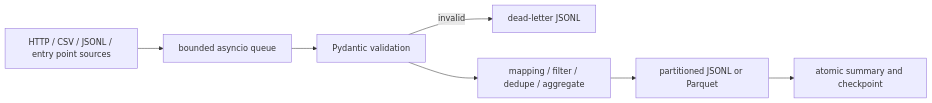
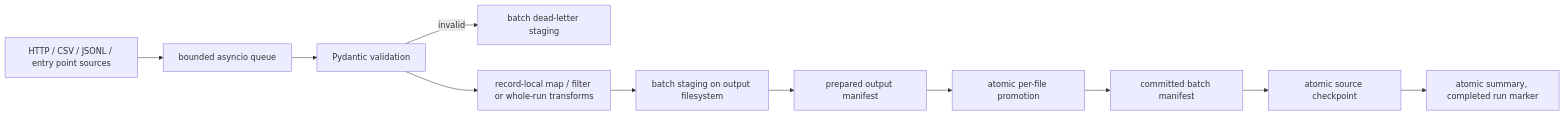
One commit to dobariyaprisha950-cell/datapipe-prisha changed the diagram in ARCHITECTURE.md. Above: the diagram before and after it, drawn with Mermaid. The commit also changed other lines of this file and 15 other files, not shown here.

````diff
--- a/ARCHITECTURE.md
+++ b/ARCHITECTURE.md
@@ -3,9 +3,13 @@
 ```mermaid
 flowchart LR
   A[HTTP / CSV / JSONL / entry point sources] --> B[bounded asyncio queue]
   B --> C[Pydantic validation]
-  C -->|invalid| D[dead-letter JSONL]
-  C --> E[mapping / filter / dedupe / aggregate]
-  E --> F[partitioned JSONL or Parquet]
-  F --> G[atomic summary and checkpoint]
+  C -->|invalid| D[batch dead-letter staging]
+  C --> E[record-local map / filter or whole-run transforms]
+  E --> F[batch staging on output filesystem]
+  F --> G[prepared output manifest]
+  G --> H[atomic per-file promotion]
+  H --> I[committed batch manifest]
+  I --> J[atomic source checkpoint]
+  J --> K[atomic summary, completed run marker]
 ```
````
